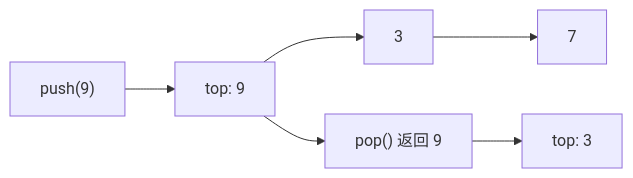
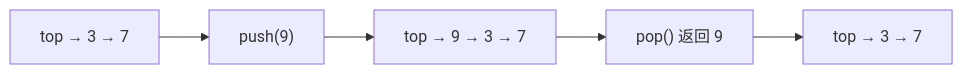
One commit to cafelemon/become_engineer changed the diagram in learning-paths/cs-core/07-stack-lifo-interface-underflow.md. Above: the diagram before and after it, drawn with Mermaid. The commit also changed other lines of this file and 205 other files, not shown here.

````diff
--- a/learning-paths/cs-core/07-stack-lifo-interface-underflow.md
+++ b/learning-paths/cs-core/07-stack-lifo-interface-underflow.md
@@ -71,8 +89,7 @@
 ```mermaid
 flowchart LR
-    Push["push(9)"] --> Top9["top: 9"]
-    Top9 --> N3["3"]
-    N3 --> N7["7"]
-    Top9 --> Pop["pop() 返回 9"]
-    Pop --> Top3["top: 3"]
+    Before["top → 3 → 7"] --> Push["push(9)"]
+    Push --> AfterPush["top → 9 → 3 → 7"]
+    AfterPush --> Pop["pop() 返回 9"]
+    Pop --> AfterPop["top → 3 → 7"]
 ```
````
